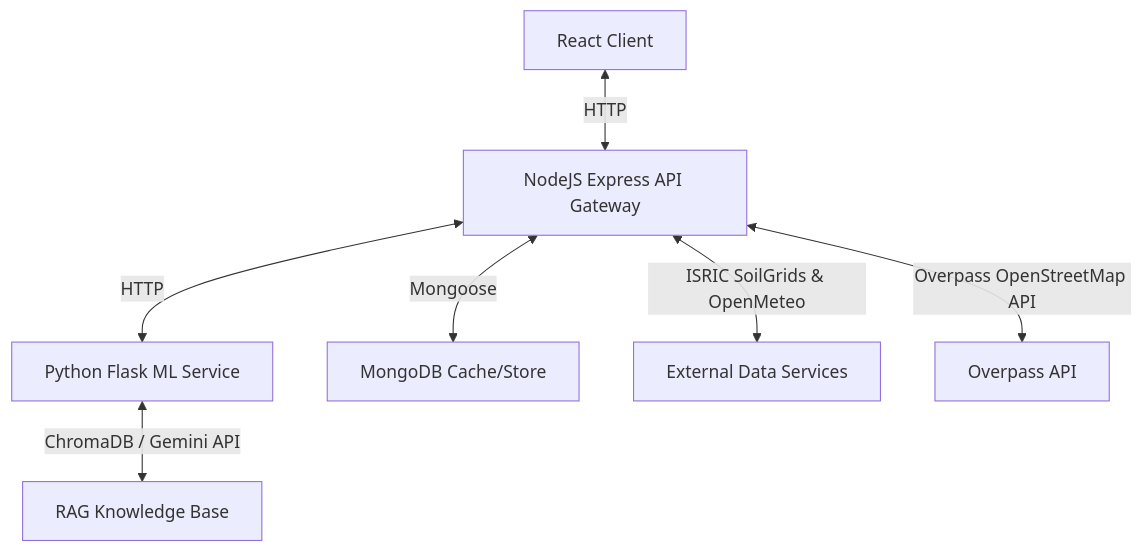
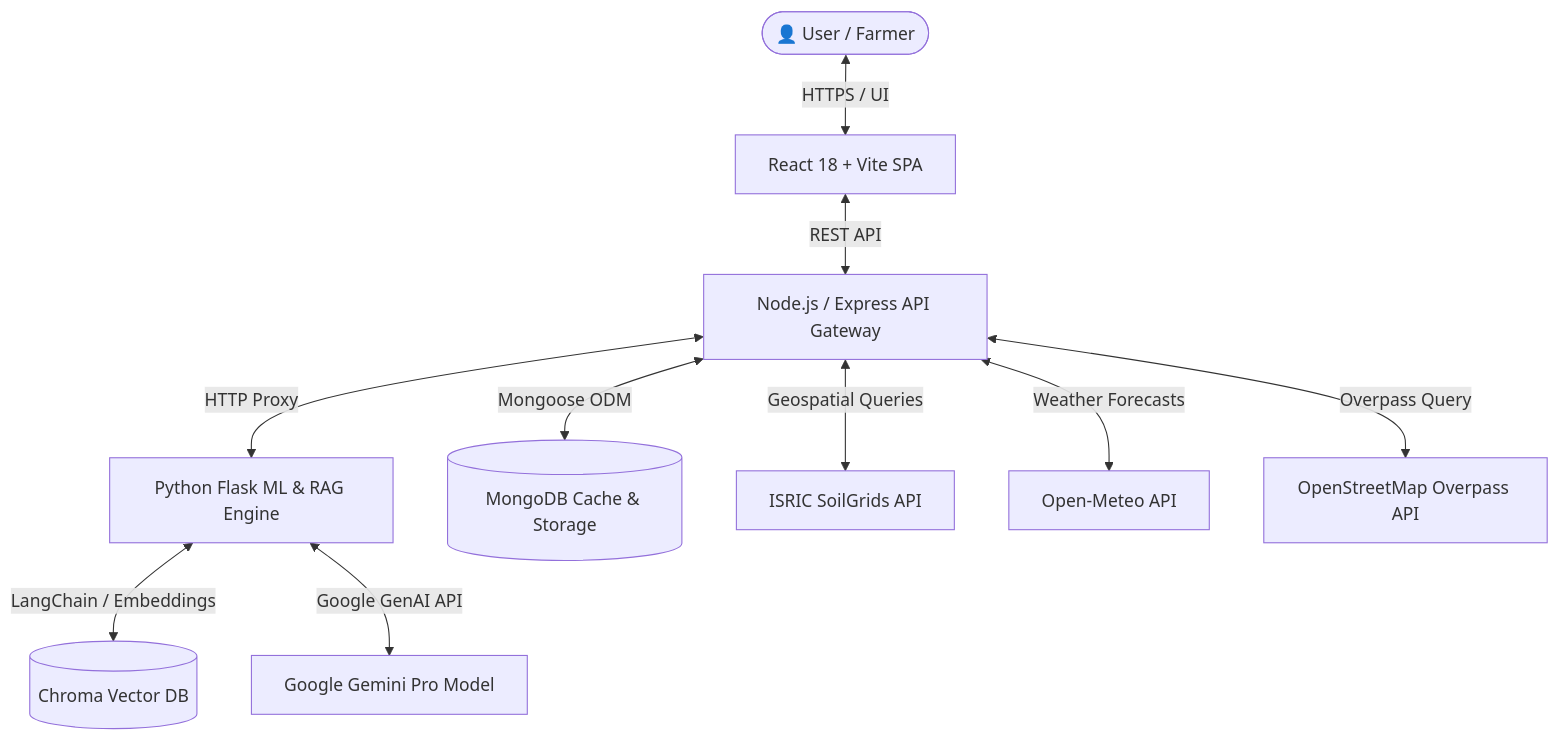
One commit to Shanjai24/sampleharevstiq changed the diagram in README.md. Above: the diagram before and after it, drawn with Mermaid. The commit also changed other lines of this file, not shown here.

````diff
--- a/README.md
+++ b/README.md
@@ -24,9 +43,12 @@
 ```mermaid
 graph TD
-    A[React Client] <-->|HTTP| B[NodeJS Express API Gateway]
-    B <-->|HTTP| C[Python Flask ML Service]
-    B <-->|Mongoose| D[MongoDB Cache/Store]
-    C <-->|ChromaDB / Gemini API| E[RAG Knowledge Base]
-    B <-->|ISRIC SoilGrids & OpenMeteo| F[External Data Services]
-    B <-->|Overpass OpenStreetMap API| G[Overpass API]
+    User([👤 User / Farmer]) <-->|HTTPS / UI| Frontend[React 18 + Vite SPA]
+    Frontend <-->|REST API| Gateway[Node.js / Express API Gateway]
+    Gateway <-->|HTTP Proxy| MLService[Python Flask ML & RAG Engine]
+    Gateway <-->|Mongoose ODM| Mongo[(MongoDB Cache & Storage)]
+    MLService <-->|LangChain / Embeddings| ChromaDB[(Chroma Vector DB)]
+    MLService <-->|Google GenAI API| Gemini[Google Gemini Pro Model]
+    Gateway <-->|Geospatial Queries| SoilGrids[ISRIC SoilGrids API]
+    Gateway <-->|Weather Forecasts| OpenMeteo[Open-Meteo API]
+    Gateway <-->|Overpass Query| OSM[OpenStreetMap Overpass API]
 ```
````
